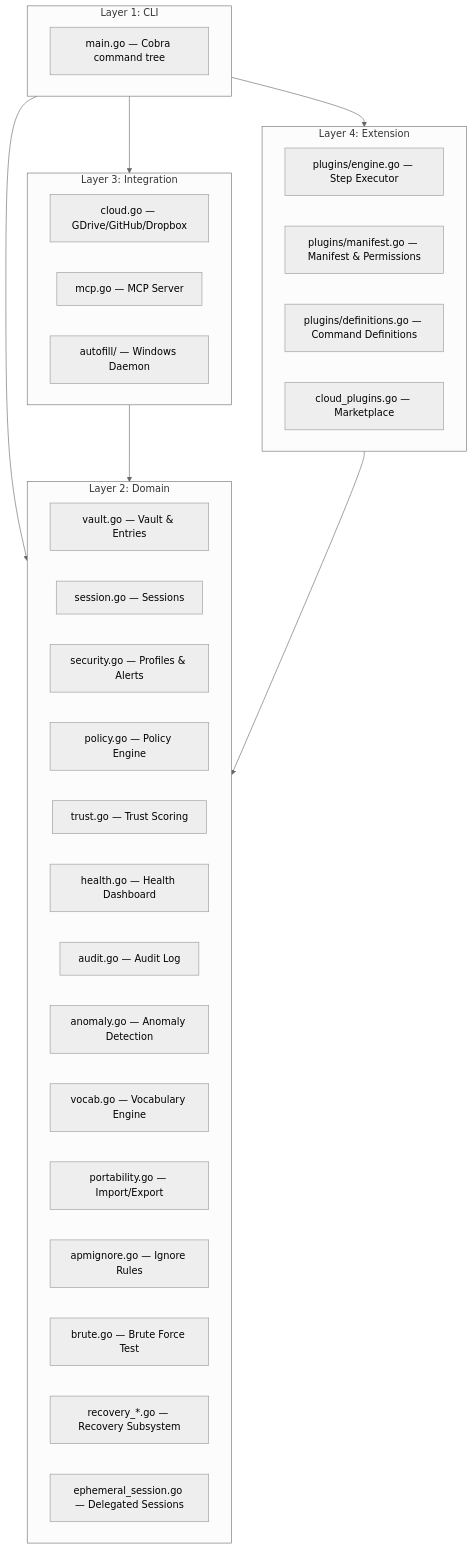
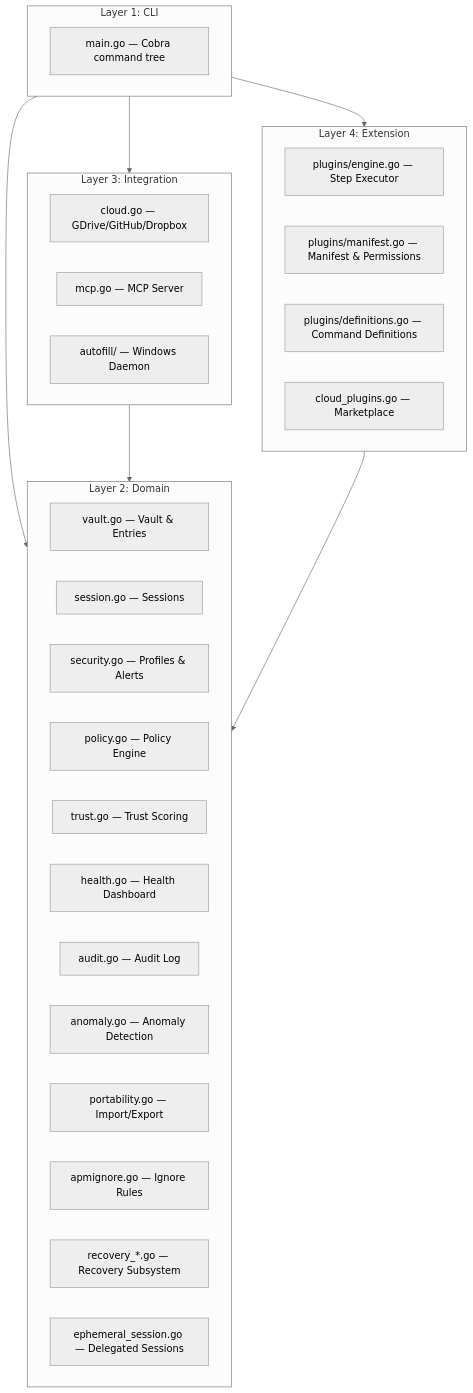
The first of 2 diagrams in docs/concepts/architecture.md (aaravmaloo/apm), drawn with Mermaid (neutral theme) before and after one commit. The commit also changed other lines of this file and 13 other files, not shown here.

````diff
--- a/docs/concepts/architecture.md
+++ b/docs/concepts/architecture.md
@@ -9,42 +9,40 @@
 ```mermaid
 graph TB
     subgraph CLI["Layer 1: CLI"]
         A[main.go — Cobra command tree]
     end
 
     subgraph Domain["Layer 2: Domain"]
         B[vault.go — Vault & Entries]
         C[session.go — Sessions]
         D[security.go — Profiles & Alerts]
         E[policy.go — Policy Engine]
         F[trust.go — Trust Scoring]
         G[health.go — Health Dashboard]
         H[audit.go — Audit Log]
         I[anomaly.go — Anomaly Detection]
-        J[vocab.go — Vocabulary Engine]
         K[portability.go — Import/Export]
         L[apmignore.go — Ignore Rules]
-        M[brute.go — Brute Force Test]
         N[recovery_*.go — Recovery Subsystem]
         O[ephemeral_session.go — Delegated Sessions]
     end
 
     subgraph Integration["Layer 3: Integration"]
         P[cloud.go — GDrive/GitHub/Dropbox]
         Q[mcp.go — MCP Server]
         R[autofill/ — Windows Daemon]
     end
 
     subgraph Extension["Layer 4: Extension"]
         S[plugins/engine.go — Step Executor]
         T[plugins/manifest.go — Manifest & Permissions]
         U[plugins/definitions.go — Command Definitions]
         V[cloud_plugins.go — Marketplace]
     end
 
     CLI --> Domain
     CLI --> Integration
     CLI --> Extension
     Integration --> Domain
     Extension --> Domain
 ```
````
